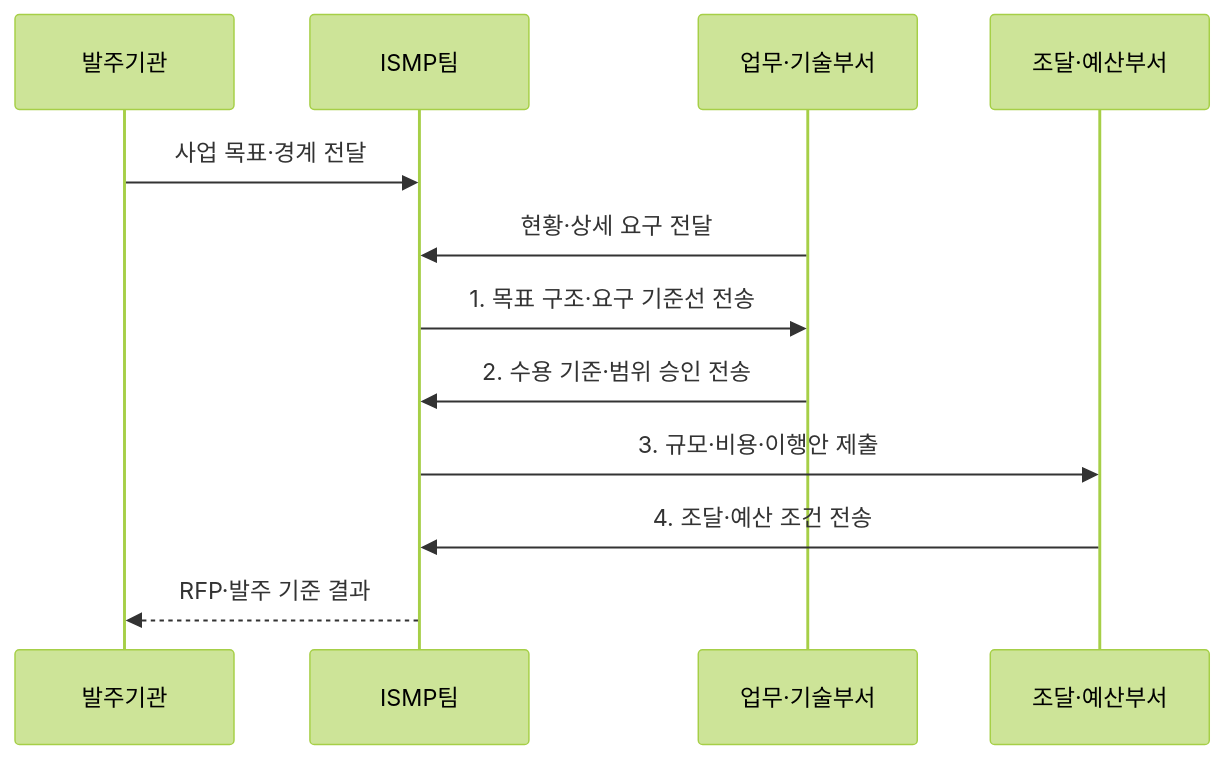
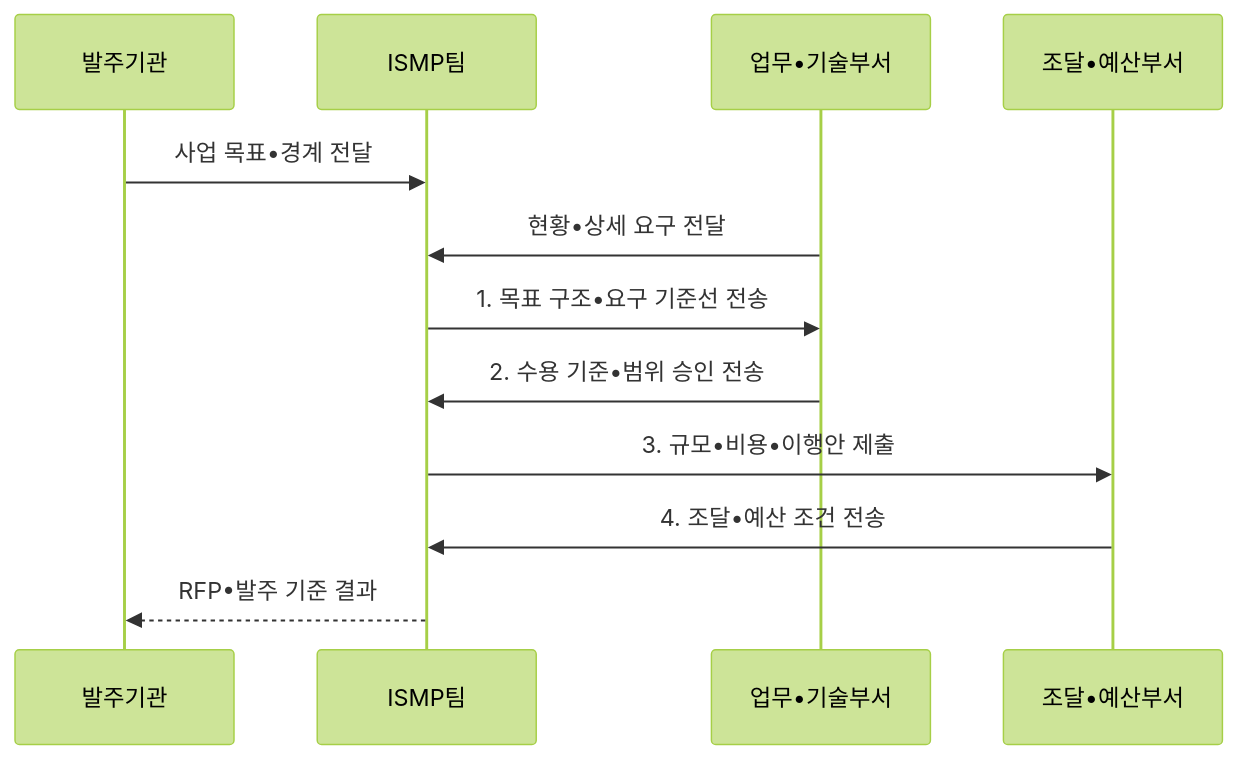
Before and after one commit to agnusdei1207/knowledge-base: the second of 2 diagrams in src/content/docs/notes/07-law-policy/003_ismp_master_plan.md, drawn with Mermaid (forest theme). The commit also changed other lines of this file and 953 other files, not shown here.

````diff
--- a/src/content/docs/notes/07-law-policy/003_ismp_master_plan.md
+++ b/src/content/docs/notes/07-law-policy/003_ismp_master_plan.md
@@ -106,14 +106,14 @@
 ```mermaid
 sequenceDiagram
     participant O as 발주기관
     participant I as ISMP팀
-    participant U as 업무·기술부서
-    participant P as 조달·예산부서
-    O->>I: 사업 목표·경계 전달
-    U->>I: 현황·상세 요구 전달
-    I->>U: 1. 목표 구조·요구 기준선 전송
-    U->>I: 2. 수용 기준·범위 승인 전송
-    I->>P: 3. 규모·비용·이행안 제출
-    P->>I: 4. 조달·예산 조건 전송
-    I-->>O: RFP·발주 기준 결과
+    participant U as 업무•기술부서
+    participant P as 조달•예산부서
+    O->>I: 사업 목표•경계 전달
+    U->>I: 현황•상세 요구 전달
+    I->>U: 1. 목표 구조•요구 기준선 전송
+    U->>I: 2. 수용 기준•범위 승인 전송
+    I->>P: 3. 규모•비용•이행안 제출
+    P->>I: 4. 조달•예산 조건 전송
+    I-->>O: RFP•발주 기준 결과
 ```
````
